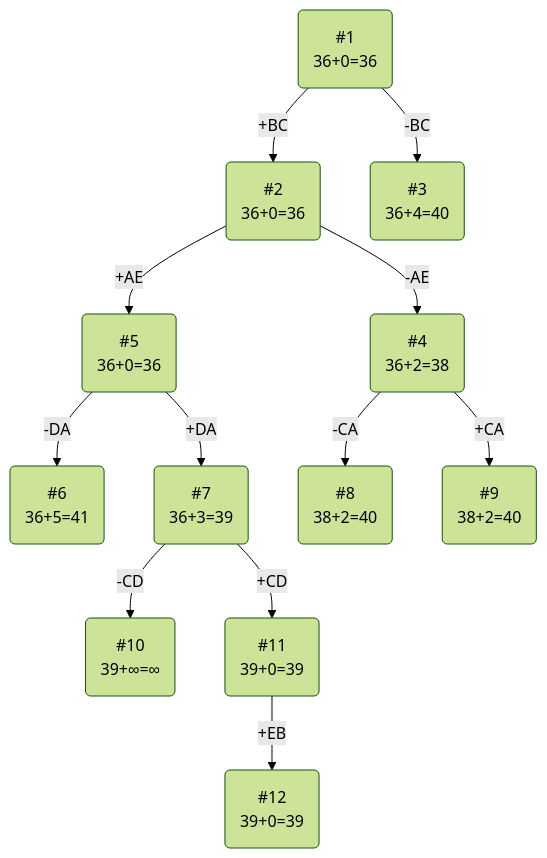
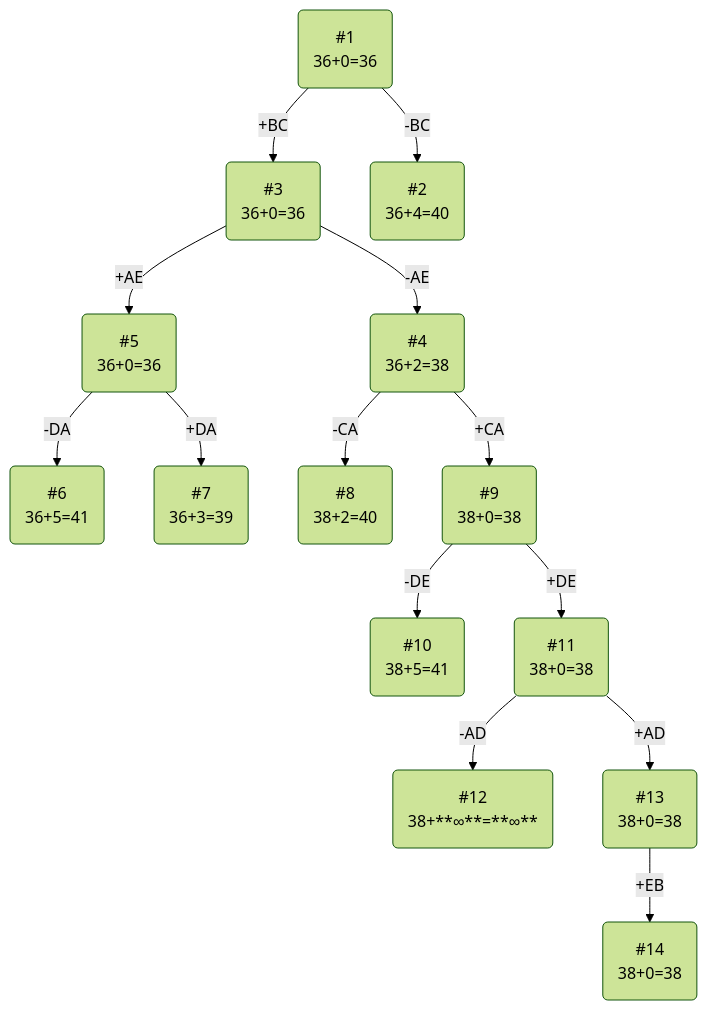
One commit to hse-algo-24-raven/manual-tasks-raven changed the diagram in task-12/g-team.md. Above: the diagram before and after it, drawn with Mermaid (forest theme). The commit also changed other lines of this file, not shown here.

````diff
--- a/task-12/g-team.md
+++ b/task-12/g-team.md
@@ -82,26 +82,30 @@
 ```mermaid
 graph TB
     1(#1
-    36+0=36)-->|-BC|3(#3
+    36+0=36)-->|-BC|3(#2
     36+4=40)
-    1-->|+BC|2(#2
+    1-->|+BC|2(#3
     36+0=36)
     2-->|-AE|4(#4
     36+2=38)
     2-->|+AE|5(#5
     36+0=36)
     5-->|-DA|6(#6
     36+5=41)
     5-->|+DA|7(#7
     36+3=39)
     4-->|-CA|8(#8
     38+2=40)
     4-->|+CA|9(#9
-    38+2=40)
-    7-->|-CD|10(#10
-    39+∞=∞)
-    7-->|+CD|11(#11
-    39+0=39)
-    11-->|+EB|12(#12
-    39+0=39)
+    38+0=38)
+    9-->|-DE|10(#10
+    38+5=41)
+    9-->|+DE|11(#11
+    38+0=38)
+    11-->|-AD|12(#12
+    38+**∞**=**∞**)
+    11-->|+AD|13(#13
+    38+0=38)
+    13-->|+EB|14(#14
+    38+0=38)
 ```
````
